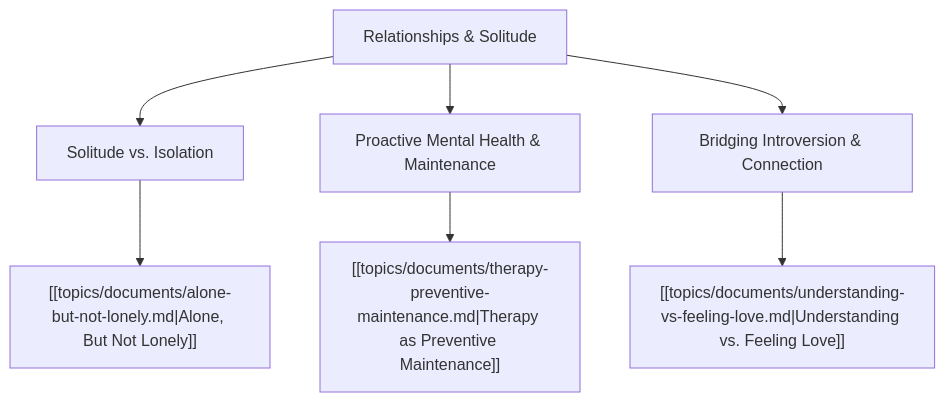
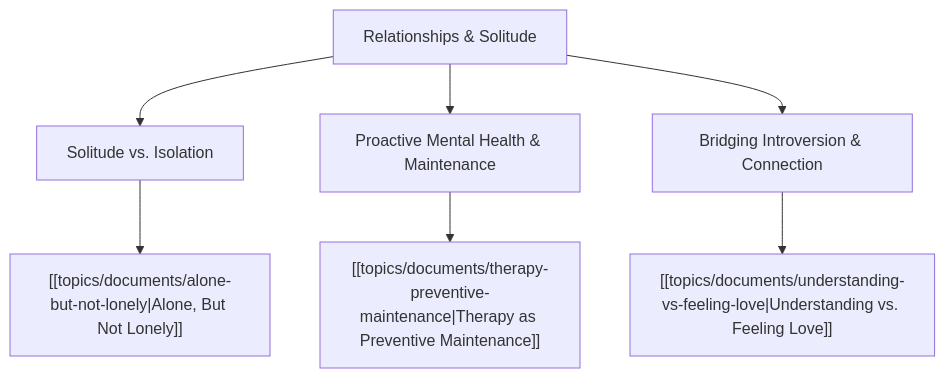
Before and after one commit to cstroliadavis/social-media-ideas: the diagram in topics/themes/relationships-solitude.md, drawn with Mermaid. The commit also changed other lines of this file and 25 other files, not shown here.

````diff
--- a/topics/themes/relationships-solitude.md
+++ b/topics/themes/relationships-solitude.md
@@ -12,12 +22,12 @@
 ```mermaid
 graph TD
     REL["Relationships & Solitude"]
     
     REL --> SOLITUDE["Solitude vs. Isolation"]
     REL --> MENTAL["Proactive Mental Health & Maintenance"]
     REL --> CONNECTION["Bridging Introversion & Connection"]
     
-    SOLITUDE --> D1["[[topics/documents/alone-but-not-lonely.md|Alone, But Not Lonely]]"]
-    MENTAL --> D2["[[topics/documents/therapy-preventive-maintenance.md|Therapy as Preventive Maintenance]]"]
-    CONNECTION --> D3["[[topics/documents/understanding-vs-feeling-love.md|Understanding vs. Feeling Love]]"]
+    SOLITUDE --> D1["[[topics/documents/alone-but-not-lonely|Alone, But Not Lonely]]"]
+    MENTAL --> D2["[[topics/documents/therapy-preventive-maintenance|Therapy as Preventive Maintenance]]"]
+    CONNECTION --> D3["[[topics/documents/understanding-vs-feeling-love|Understanding vs. Feeling Love]]"]
 ```
````
